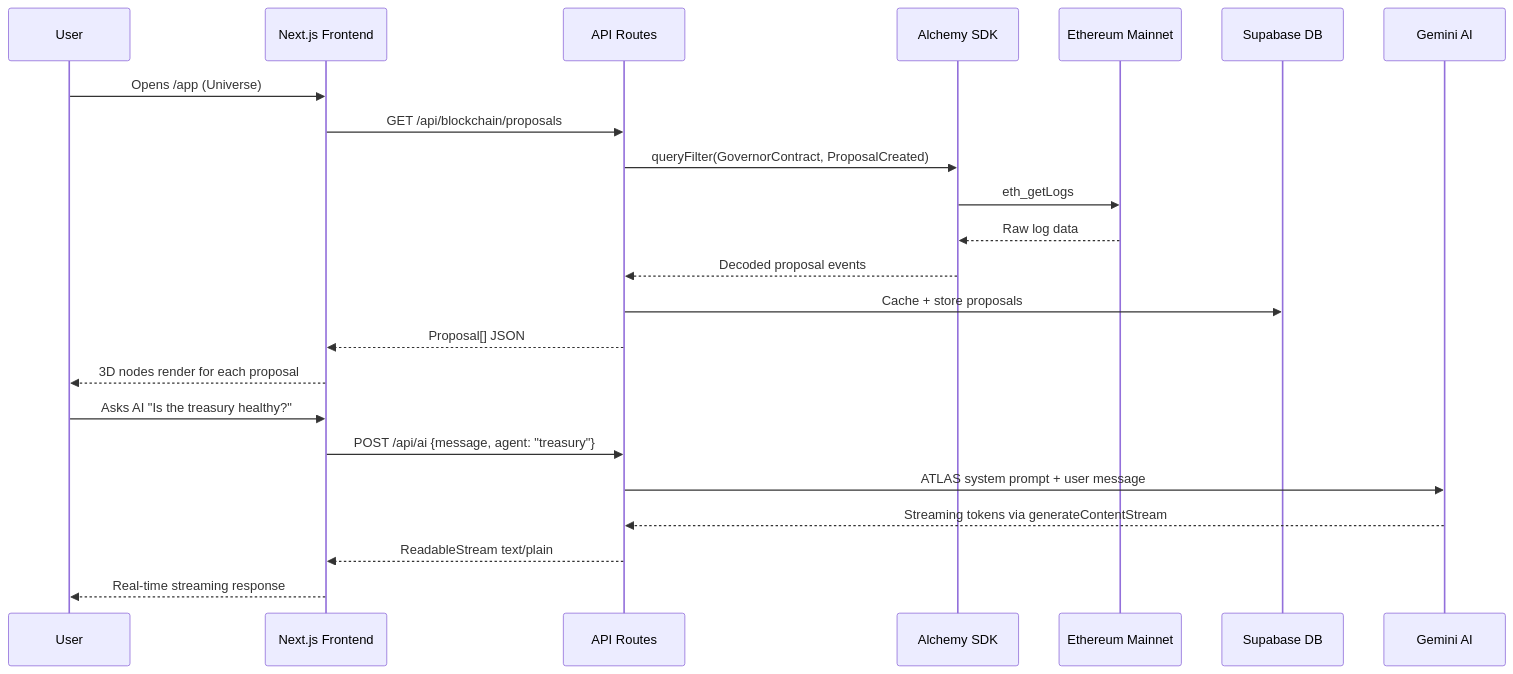
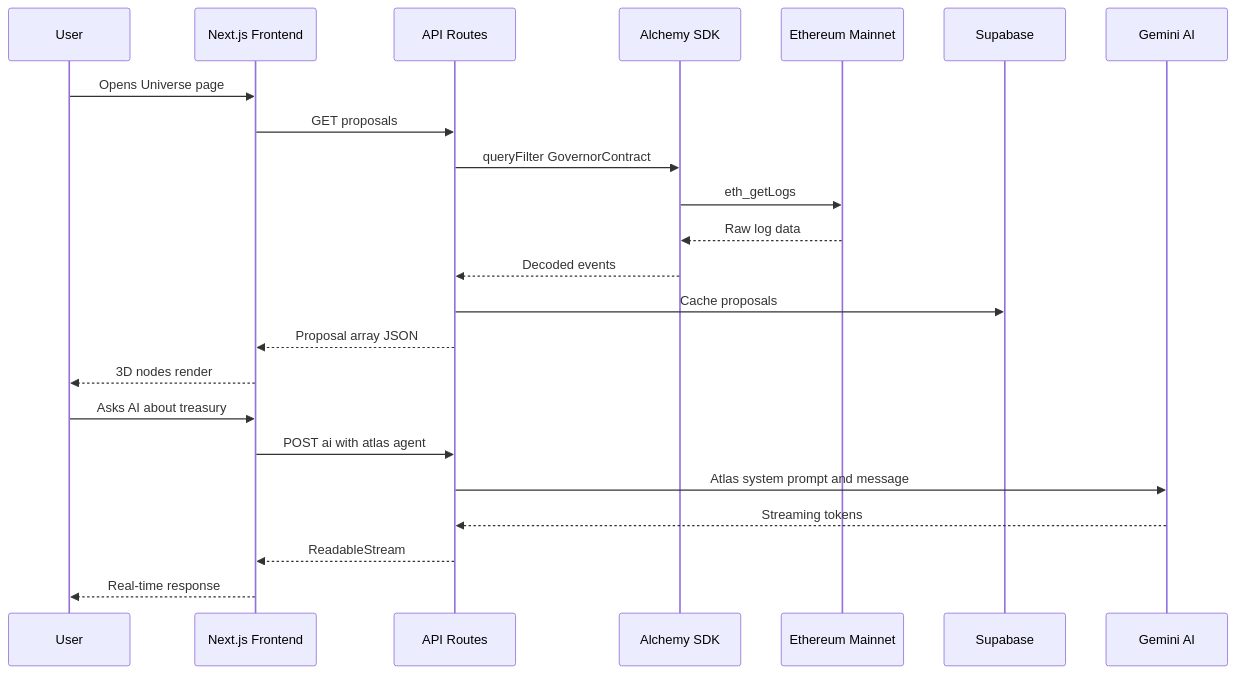
The third of 4 diagrams in README.md (advikdivekar/axion-innovat3-hackathon), drawn with Mermaid before and after one commit. The commit also changed other lines of this file and 3 other files, not shown here.

First line of the commit message:
fix: repair Mermaid diagrams, clean up README, remove untracked docs

````diff
--- a/README.md
+++ b/README.md
@@ -181,27 +175,27 @@
 ```mermaid
 sequenceDiagram
     participant User
-    participant NextJS as Next.js Frontend
+    participant UI as Next.js Frontend
     participant API as API Routes
     participant Alchemy as Alchemy SDK
-    participant Ethereum as Ethereum Mainnet
-    participant Supabase as Supabase DB
-    participant Gemini as Gemini AI
+    participant Chain as Ethereum Mainnet
+    participant DB as Supabase
+    participant AI as Gemini AI
 
-    User->>NextJS: Opens /app (Universe)
-    NextJS->>API: GET /api/blockchain/proposals
-    API->>Alchemy: queryFilter(GovernorContract, ProposalCreated)
-    Alchemy->>Ethereum: eth_getLogs
-    Ethereum-->>Alchemy: Raw log data
-    Alchemy-->>API: Decoded proposal events
-    API->>Supabase: Cache + store proposals
-    API-->>NextJS: Proposal[] JSON
-    NextJS-->>User: 3D nodes render for each proposal
+    User->>UI: Opens Universe page
+    UI->>API: GET proposals
+    API->>Alchemy: queryFilter GovernorContract
+    Alchemy->>Chain: eth_getLogs
+    Chain-->>Alchemy: Raw log data
+    Alchemy-->>API: Decoded events
+    API->>DB: Cache proposals
+    API-->>UI: Proposal array JSON
+    UI-->>User: 3D nodes render
 
-    User->>NextJS: Asks AI "Is the treasury healthy?"
-    NextJS->>API: POST /api/ai {message, agent: "treasury"}
-    API->>Gemini: ATLAS system prompt + user message
-    Gemini-->>API: Streaming tokens via generateContentStream
-    API-->>NextJS: ReadableStream text/plain
-    NextJS-->>User: Real-time streaming response
+    User->>UI: Asks AI about treasury
+    UI->>API: POST ai with atlas agent
+    API->>AI: Atlas system prompt and message
+    AI-->>API: Streaming tokens
+    API-->>UI: ReadableStream
+    UI-->>User: Real-time response
 ```
````
